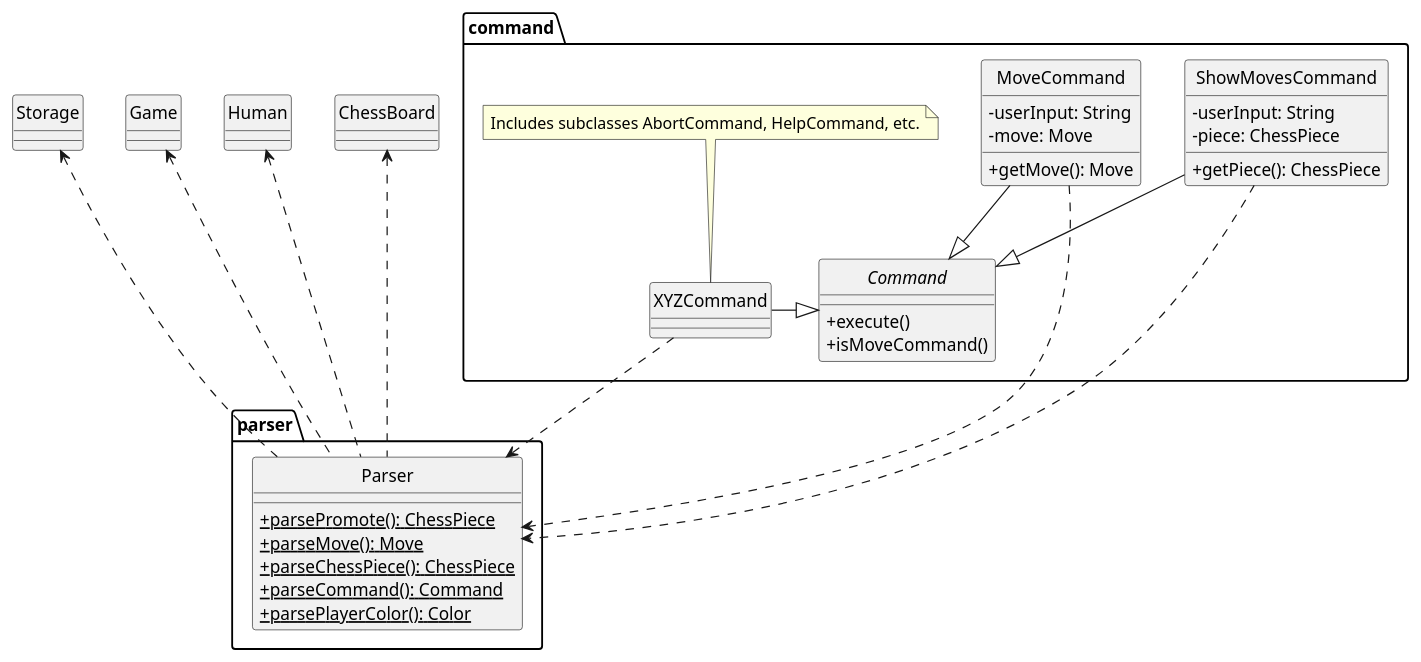
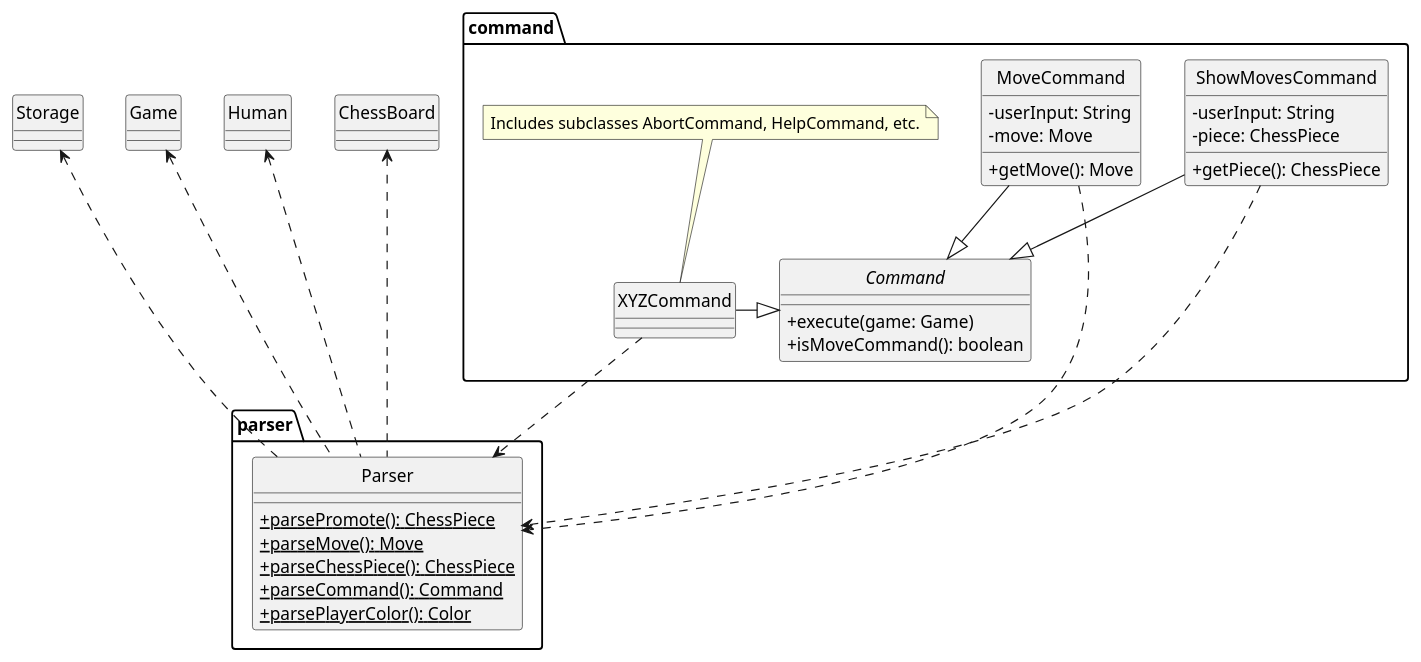
Before and after one commit to onx001/tp: the diagram in docs/diagrams/ParserCommandDiagram.puml, drawn with PlantUML. The commit also changed 2 other files, not shown here.

Commit message:
Update documentation and class diagram

```diff
--- a/docs/diagrams/ParserCommandDiagram.puml
+++ b/docs/diagrams/ParserCommandDiagram.puml
@@ -1,49 +1,49 @@
 @startuml
 'https://plantuml.com/class-diagram
 hide circle
 skinparam classAttributeIconSize 0
 package command{
     abstract class Command {
-    +execute()
-    +isMoveCommand()
+    +execute(game: Game)
+    +isMoveCommand(): boolean
     }
     class MoveCommand {
     -userInput: String
     -move: Move
     +getMove(): Move
     }
     class ShowMovesCommand {
     -userInput: String
     -piece: ChessPiece
     +getPiece(): ChessPiece
     }
     class XYZCommand
     note top: Includes subclasses AbortCommand, HelpCommand, etc.
 
     XYZCommand -|> Command
     ShowMovesCommand --|> Command
     MoveCommand --|> Command
 }
 package parser{
     class Parser {
     +{static} parsePromote(): ChessPiece
     +{static} parseMove(): Move
     +{static} parseChessPiece(): ChessPiece
     +{static} parseCommand(): Command
     +{static} parsePlayerColor(): Color
     }
 }
 class Storage
 class Game
 class Human
 
 command.MoveCommand ..> parser.Parser
 command.ShowMovesCommand ..> parser.Parser
 command.XYZCommand ..> parser.Parser
 
 Game <... parser.Parser
 Storage <... parser.Parser
 Human <... parser.Parser
 ChessBoard <... parser.Parser
 
 @enduml
```
